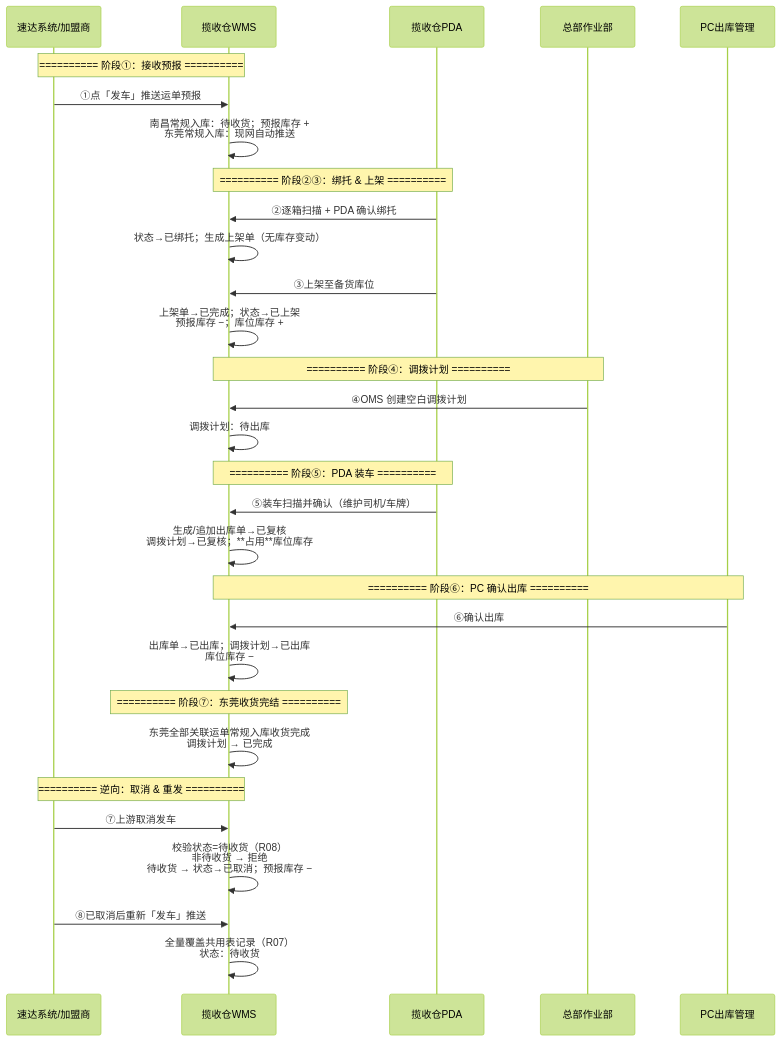
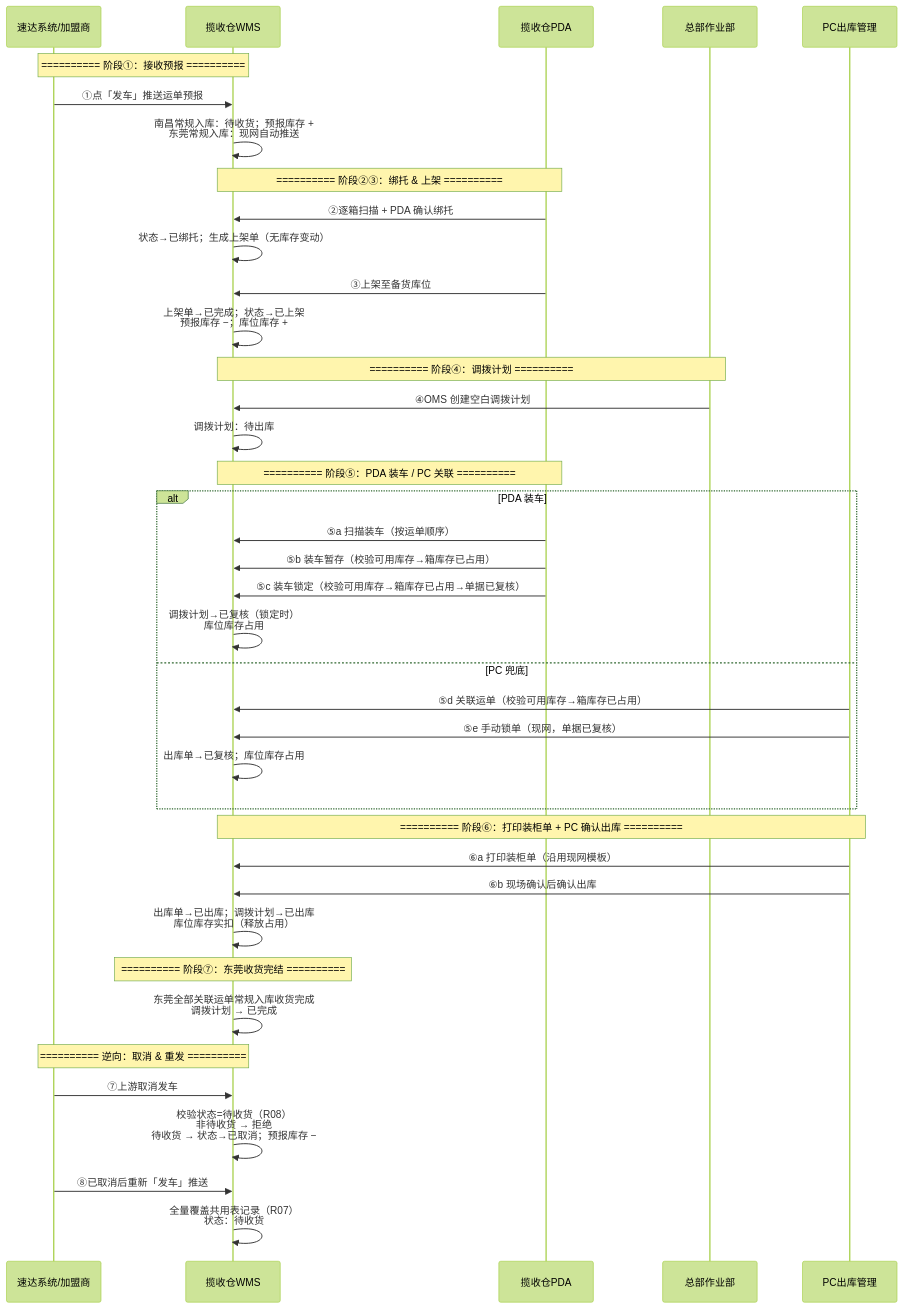
Before and after one commit to Tiana-1720/wms-inbound-demo: the first of 2 diagrams in prd-docs/01-加盟商揽收仓需求/01-业务流程推演.md, drawn with Mermaid (forest theme). The commit also changed other lines of this file and 50 other files, not shown here.

First line of the commit message:
Add outbound list and link-waybill flow with prototype annotations.

````diff
--- a/prd-docs/01-加盟商揽收仓需求/01-业务流程推演.md
+++ b/prd-docs/01-加盟商揽收仓需求/01-业务流程推演.md
@@ -107,47 +109,56 @@
 ```mermaid
 sequenceDiagram
     participant SD as 速达系统/加盟商
     participant WMS as 揽收仓WMS
     participant PDA as 揽收仓PDA
     participant HQ as 总部作业部
 
     participant PC as PC出库管理
 
     Note over SD,WMS: ========== 阶段①：接收预报 ==========
 
     SD->>WMS: ①点「发车」推送运单预报
     WMS->>WMS: 南昌常规入库：待收货；预报库存 +<br/>东莞常规入库：现网自动推送
 
     Note over PDA,WMS: ========== 阶段②③：绑托 & 上架 ==========
 
     PDA->>WMS: ②逐箱扫描 + PDA 确认绑托
     WMS->>WMS: 状态→已绑托；生成上架单（无库存变动）
     PDA->>WMS: ③上架至备货库位
     WMS->>WMS: 上架单→已完成；状态→已上架<br/>预报库存 −；库位库存 +
 
     Note over HQ,WMS: ========== 阶段④：调拨计划 ==========
 
     HQ->>WMS: ④OMS 创建空白调拨计划
     WMS->>WMS: 调拨计划：待出库
 
-    Note over PDA,WMS: ========== 阶段⑤：PDA 装车 ==========
+    Note over PDA,WMS: ========== 阶段⑤：PDA 装车 / PC 关联 ==========
 
-    PDA->>WMS: ⑤装车扫描并确认（维护司机/车牌）
-    WMS->>WMS: 生成/追加出库单→已复核<br/>调拨计划→已复核；**占用**库位库存
+    alt PDA 装车
+        PDA->>WMS: ⑤a 扫描装车（按运单顺序）
+        PDA->>WMS: ⑤b 装车暂存（校验可用库存→箱库存已占用）
+        PDA->>WMS: ⑤c 装车锁定（校验可用库存→箱库存已占用→单据已复核）
+        WMS->>WMS: 调拨计划→已复核（锁定时）<br/>库位库存占用
+    else PC 兜底
+        PC->>WMS: ⑤d 关联运单（校验可用库存→箱库存已占用）
+        PC->>WMS: ⑤e 手动锁单（现网，单据已复核）
+        WMS->>WMS: 出库单→已复核；库位库存占用
+    end
 
-    Note over PC,WMS: ========== 阶段⑥：PC 确认出库 ==========
+    Note over PC,WMS: ========== 阶段⑥：打印装柜单 + PC 确认出库 ==========
 
-    PC->>WMS: ⑥确认出库
-    WMS->>WMS: 出库单→已出库；调拨计划→已出库<br/>库位库存 −
+    PC->>WMS: ⑥a 打印装柜单（沿用现网模板）
+    PC->>WMS: ⑥b 现场确认后确认出库
+    WMS->>WMS: 出库单→已出库；调拨计划→已出库<br/>库位库存实扣（释放占用）
 
     Note over WMS: ========== 阶段⑦：东莞收货完结 ==========
 
     WMS->>WMS: 东莞全部关联运单常规入库收货完成<br/>调拨计划 → 已完成
 
     Note over SD,WMS: ========== 逆向：取消 & 重发 ==========
 
     SD->>WMS: ⑦上游取消发车
     WMS->>WMS: 校验状态=待收货（R08）<br/>非待收货 → 拒绝<br/>待收货 → 状态→已取消；预报库存 −
     SD->>WMS: ⑧已取消后重新「发车」推送
     WMS->>WMS: 全量覆盖共用表记录（R07）<br/>状态：待收货
 ```
````
